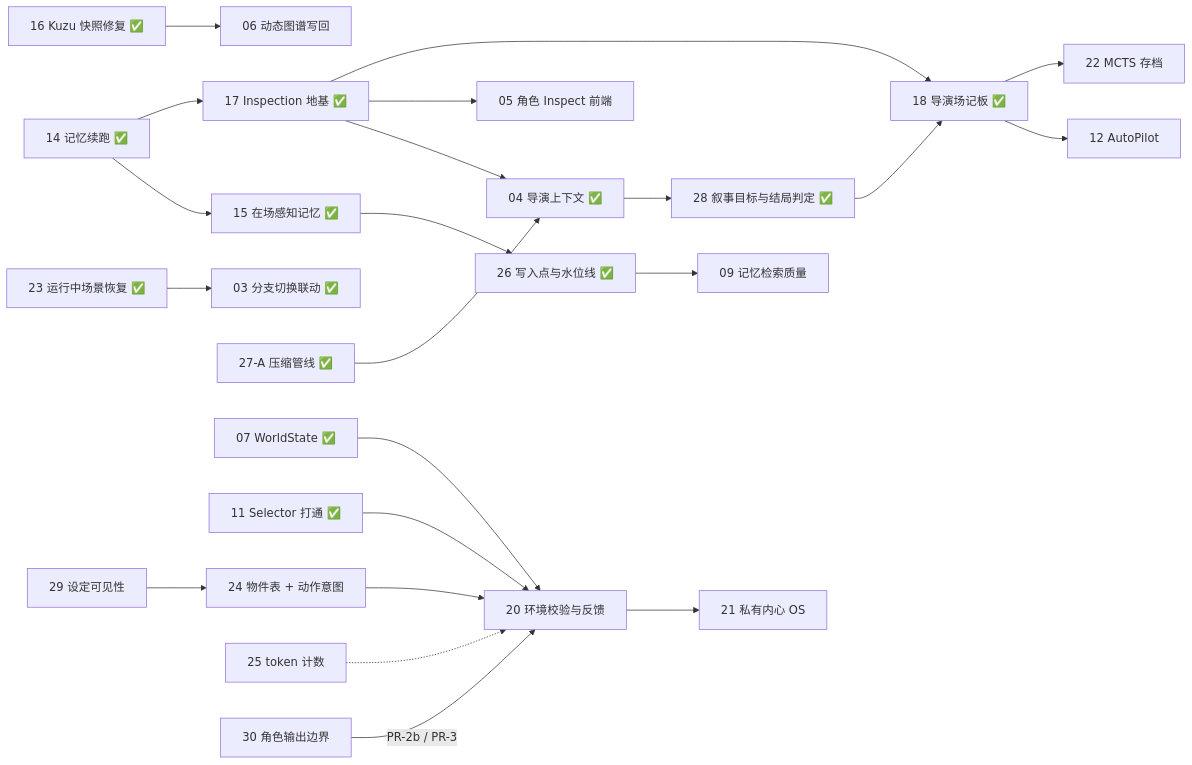
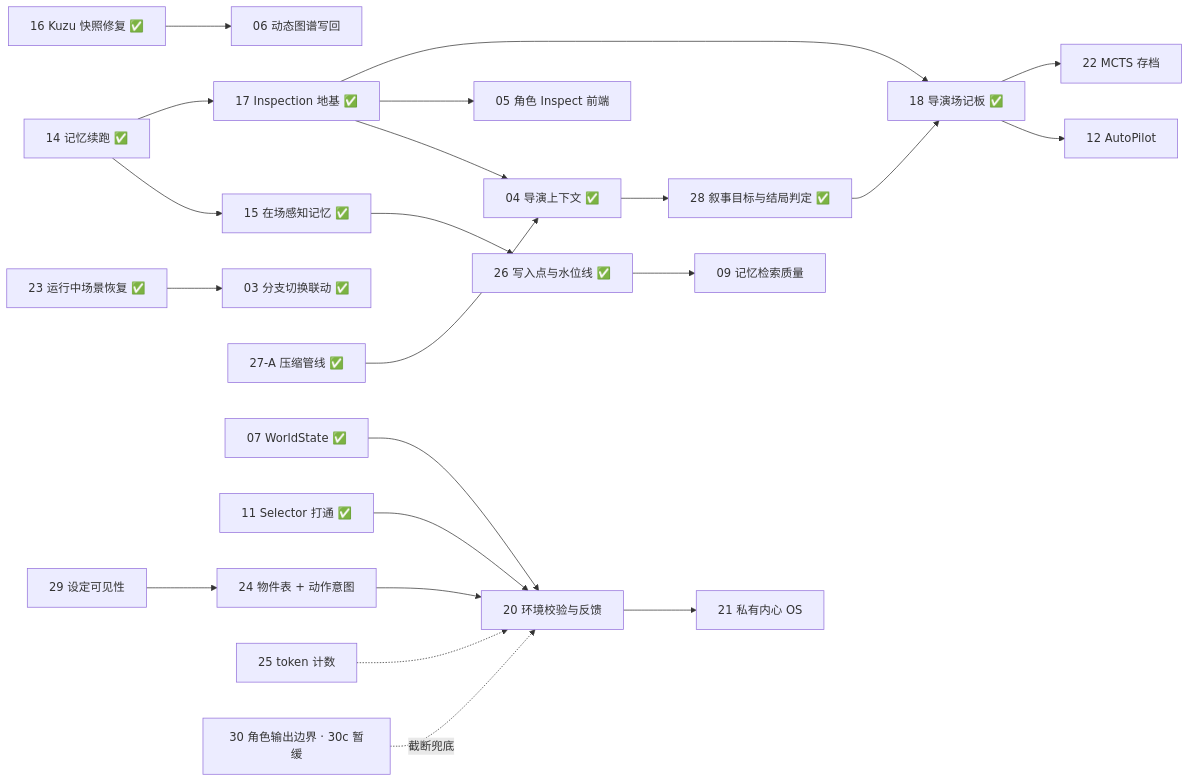
The diagram in docs/fix-tickets/README.md (YuanPeixi/PlotSystem2), drawn with Mermaid before and after one commit. The commit also changed other lines of this file and 3 other files, not shown here.

````diff
--- a/docs/fix-tickets/README.md
+++ b/docs/fix-tickets/README.md
@@ -104,24 +104,24 @@
 ```mermaid
 graph LR
   T14[14 记忆续跑 ✅] --> T15[15 在场感知记忆 ✅]
   T14 --> T17[17 Inspection 地基 ✅]
   T15 --> T26[26 写入点与水位线 ✅]
   T26 --> T09[09 记忆检索质量]
   T16[16 Kuzu 快照修复 ✅] --> T06[06 动态图谱写回]
   T23[23 运行中场景恢复 ✅] --> T03[03 分支切换联动 ✅]
   T17 --> T04[04 导演上下文 ✅]
   T27[27-A 压缩管线 ✅] --> T04
   T04 --> T28[28 叙事目标与结局判定 ✅]
   T28 --> T18[18 导演场记板 ✅]
   T17 --> T05[05 角色 Inspect 前端]
   T17 --> T18
   T18 --> T12[12 AutoPilot]
   T18 --> T22[22 MCTS 存档]
   T07[07 WorldState ✅] --> T20[20 环境校验与反馈]
   T11[11 Selector 打通 ✅] --> T20
   T29[29 设定可见性] --> T24[24 物件表 + 动作意图]
   T24 --> T20
   T25[25 token 计数] -.-> T20
   T20 --> T21[21 私有内心 OS]
-  T30[30 角色输出边界] -->|PR-2b / PR-3| T20
+  T30[30 角色输出边界 · 30c 暂缓] -.->|截断兜底| T20
 ```
````
